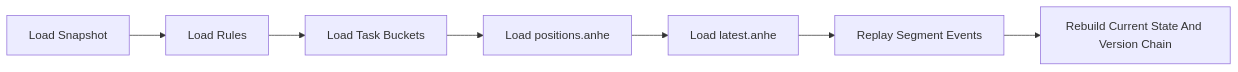
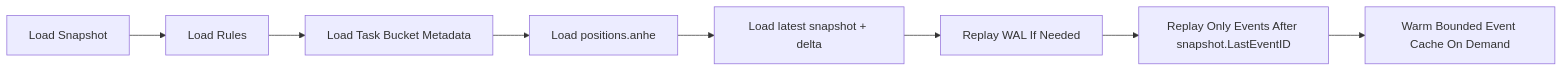
Before and after one commit to paerx/anhebridgeDB: the second of 9 diagrams in README.md, drawn with Mermaid. The commit also changed other lines of this file and 8 other files, not shown here.

````diff
--- a/README.md
+++ b/README.md
@@ -217,9 +396,10 @@
 ```mermaid
 flowchart LR
   A["Load Snapshot"] --> B["Load Rules"]
-  B --> C["Load Task Buckets"]
+  B --> C["Load Task Bucket Metadata"]
   C --> D["Load positions.anhe"]
-  D --> E["Load latest.anhe"]
-  E --> F["Replay Segment Events"]
-  F --> G["Rebuild Current State And Version Chain"]
+  D --> E["Load latest snapshot + delta"]
+  E --> F["Replay WAL If Needed"]
+  F --> G["Replay Only Events After snapshot.LastEventID"]
+  G --> H["Warm Bounded Event Cache On Demand"]
 ```
````
